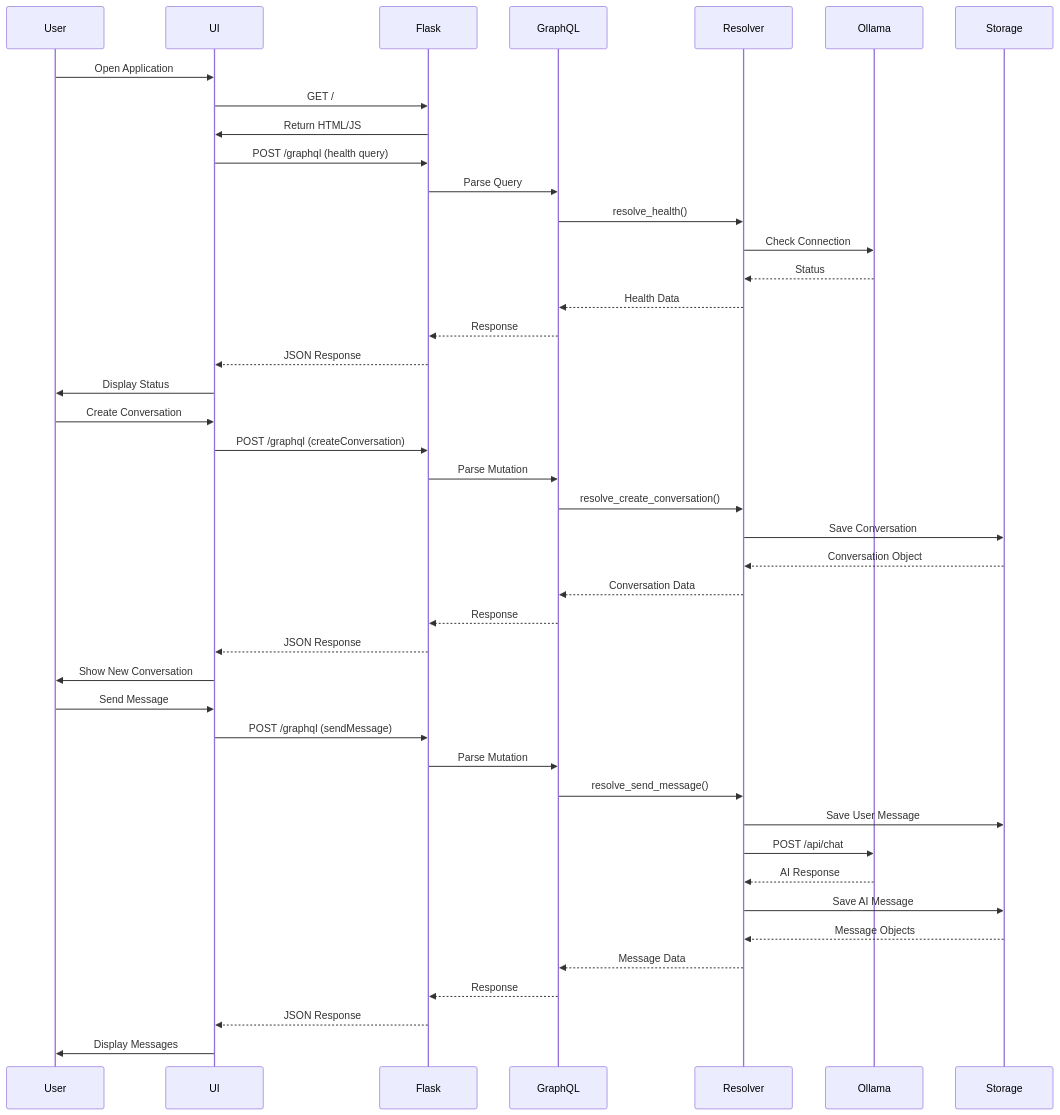
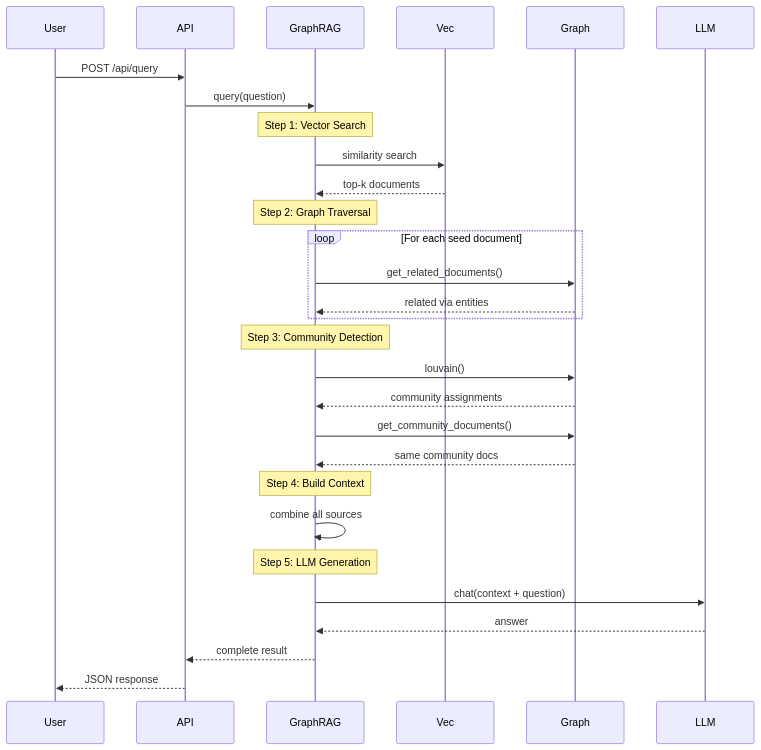
Before and after one commit to aairom/graphqlite-testdev: the third of 3 diagrams in Docs/architecture.md, drawn with Mermaid. The commit also changed other lines of this file and 30 other files, not shown here.

````diff
--- a/Docs/architecture.md
+++ b/Docs/architecture.md
@@ -66,49 +189,38 @@
 ```mermaid
 sequenceDiagram
     participant User
-    participant UI
-    participant Flask
-    participant GraphQL
-    participant Resolver
-    participant Ollama
-    participant Storage
-
-    User->>UI: Open Application
-    UI->>Flask: GET /
-    Flask->>UI: Return HTML/JS
+    participant API
+    participant GraphRAG
+    participant Vec
+    participant Graph
+    participant LLM
     
-    UI->>Flask: POST /graphql (health query)
-    Flask->>GraphQL: Parse Query
-    GraphQL->>Resolver: resolve_health()
-    Resolver->>Ollama: Check Connection
-    Ollama-->>Resolver: Status
-    Resolver-->>GraphQL: Health Data
-    GraphQL-->>Flask: Response
-    Flask-->>UI: JSON Response
-    UI->>User: Display Status
+    User->>API: POST /api/query
+    API->>GraphRAG: query(question)
     
-    User->>UI: Create Conversation
-    UI->>Flask: POST /graphql (createConversation)
-    Flask->>GraphQL: Parse Mutation
-    GraphQL->>Resolver: resolve_create_conversation()
-    Resolver->>Storage: Save Conversation
-    Storage-->>Resolver: Conversation Object
-    Resolver-->>GraphQL: Conversation Data
-    GraphQL-->>Flask: Response
-    Flask-->>UI: JSON Response
-    UI->>User: Show New Conversation
+    Note over GraphRAG: Step 1: Vector Search
+    GraphRAG->>Vec: similarity search
+    Vec-->>GraphRAG: top-k documents
     
-    User->>UI: Send Message
-    UI->>Flask: POST /graphql (sendMessage)
-    Flask->>GraphQL: Parse Mutation
-    GraphQL->>Resolver: resolve_send_message()
-    Resolver->>Storage: Save User Message
-    Resolver->>Ollama: POST /api/chat
-    Ollama-->>Resolver: AI Response
-    Resolver->>Storage: Save AI Message
-    Storage-->>Resolver: Message Objects
-    Resolver-->>GraphQL: Message Data
-    GraphQL-->>Flask: Response
-    Flask-->>UI: JSON Response
-    UI->>User: Display Messages
+    Note over GraphRAG: Step 2: Graph Traversal
+    loop For each seed document
+        GraphRAG->>Graph: get_related_documents()
+        Graph-->>GraphRAG: related via entities
+    end
+    
+    Note over GraphRAG: Step 3: Community Detection
+    GraphRAG->>Graph: louvain()
+    Graph-->>GraphRAG: community assignments
+    GraphRAG->>Graph: get_community_documents()
+    Graph-->>GraphRAG: same community docs
+    
+    Note over GraphRAG: Step 4: Build Context
+    GraphRAG->>GraphRAG: combine all sources
+    
+    Note over GraphRAG: Step 5: LLM Generation
+    GraphRAG->>LLM: chat(context + question)
+    LLM-->>GraphRAG: answer
+    
+    GraphRAG-->>API: complete result
+    API-->>User: JSON response
 ```
````
